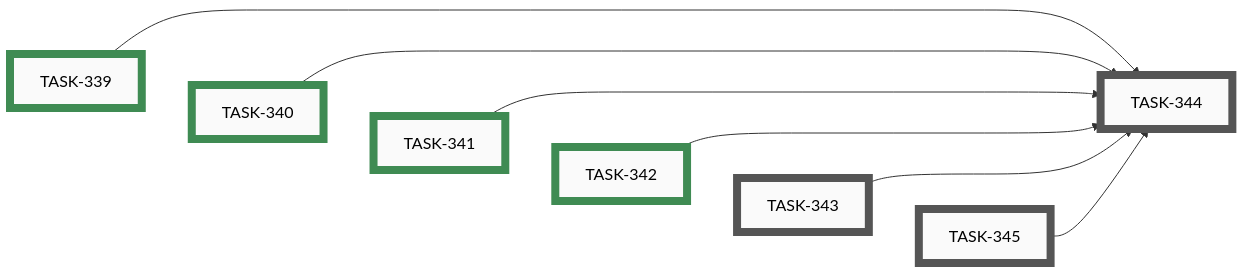
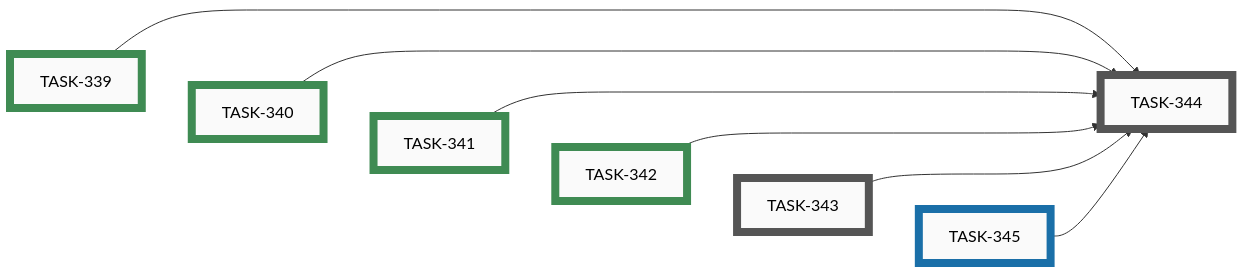
The ninth of 10 diagrams in docs/developers/tasks/EPICS.md (tgd1975/AwesomeStudioPedal), drawn with Mermaid before and after one commit. The commit also changed other lines of this file and 6 other files, not shown here.

````diff
--- a/docs/developers/tasks/EPICS.md
+++ b/docs/developers/tasks/EPICS.md
@@ -369,32 +376,32 @@
 ```mermaid
 graph LR
     TASK_343["TASK-343"]:::open
     TASK_344["TASK-344"]:::open
-    TASK_345["TASK-345"]:::open
+    TASK_345["TASK-345"]:::active
     TASK_339["TASK-339"]:::closed
     TASK_340["TASK-340"]:::closed
     TASK_341["TASK-341"]:::closed
     TASK_342["TASK-342"]:::closed
     TASK_339 --> TASK_344
     TASK_340 --> TASK_344
     TASK_341 --> TASK_344
     TASK_342 --> TASK_344
     TASK_343 --> TASK_344
     TASK_345 --> TASK_344
     TASK_339 ~~~ TASK_340 ~~~ TASK_341 ~~~ TASK_342 ~~~ TASK_343 ~~~ TASK_345
     click TASK_343 "open/task-343-add-github-social-preview-image.md"
     click TASK_344 "open/task-344-archive-idea-049-after-logo-tasks-shipped.md"
-    click TASK_345 "open/task-345-swap-android-launcher-icon-to-asp-mark.md"
+    click TASK_345 "active/task-345-swap-android-launcher-icon-to-asp-mark.md"
     click TASK_339 "closed/task-339-add-asp-logo-to-web-simulator-header.md"
     click TASK_340 "closed/task-340-add-asp-logo-to-profile-builder-header.md"
     click TASK_341 "closed/task-341-add-asp-logo-to-configuration-builder-header.md"
     click TASK_342 "closed/task-342-add-asp-logo-to-mobile-app-appbar.md"
     classDef open    fill:#FAFAFA,stroke:#555,stroke-width:8px,color:#000
     classDef active  fill:#FAFAFA,stroke:#1A6FA8,stroke-width:8px,color:#000
     classDef closed  fill:#FAFAFA,stroke:#3F8B53,stroke-width:8px,color:#000
     classDef paused  fill:#FAFAFA,stroke:#B07810,stroke-width:8px,color:#000
     classDef openExt    fill:#000,stroke:#888,stroke-width:8px,color:#FFF
     classDef activeExt  fill:#000,stroke:#3FA9F5,stroke-width:8px,color:#FFF
     classDef closedExt  fill:#000,stroke:#7CC68A,stroke-width:8px,color:#FFF
     classDef pausedExt  fill:#000,stroke:#F0B030,stroke-width:8px,color:#FFF
 ```
````
